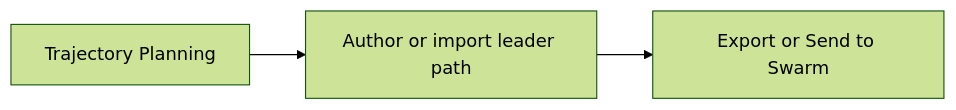
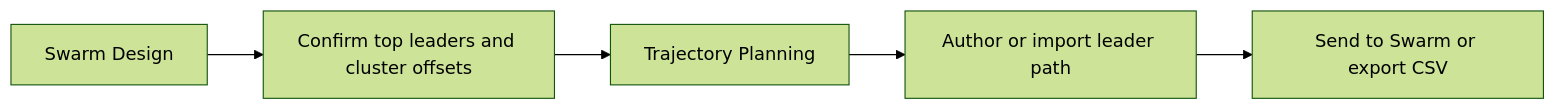
One commit to alireza787b/mavsdk_drone_show changed the diagram in docs/features/swarm-trajectory.md. Above: the diagram before and after it, drawn with Mermaid (forest theme). The commit also changed other lines of this file and 9 other files, not shown here.

Commit message:
feat: align swarm trajectory operator handoff

````diff
--- a/docs/features/swarm-trajectory.md
+++ b/docs/features/swarm-trajectory.md
@@ -112,5 +112,7 @@
 ```mermaid
 graph LR
-    A[Trajectory Planning] --> B[Author or import leader path]
-    B --> C[Export or Send to Swarm]
+    A[Swarm Design] --> B[Confirm top leaders and cluster offsets]
+    B --> C[Trajectory Planning]
+    C --> D[Author or import leader path]
+    D --> E[Send to Swarm or export CSV]
 ```
````
